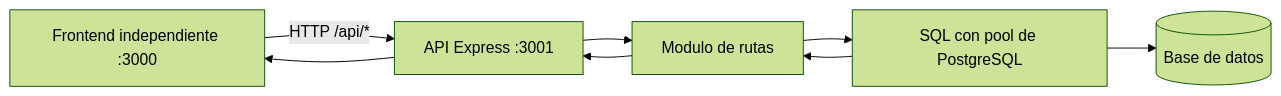
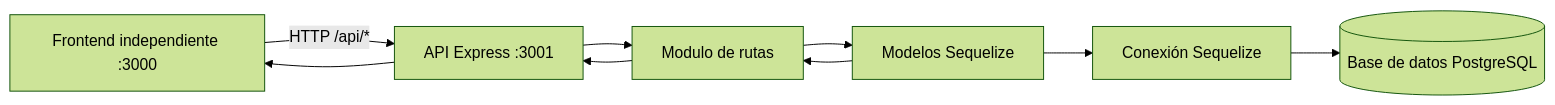
One commit to agustinignaciofloores/agustinignaciofloores-agustinignaciofloores-proyecto-de-stock-del-hospital-frontend changed the diagram in backend/ARQUITECTURA_BACKEND.md. Above: the diagram before and after it, drawn with Mermaid (forest theme). The commit also changed other lines of this file and 3478 other files, not shown here.

````diff
--- a/backend/ARQUITECTURA_BACKEND.md
+++ b/backend/ARQUITECTURA_BACKEND.md
@@ -7,10 +7,11 @@
 ```mermaid
 flowchart LR
     A[Frontend independiente :3000] -->|HTTP /api/*| B[API Express :3001]
     B --> C[Modulo de rutas]
-    C --> D[SQL con pool de PostgreSQL]
-    D --> E[(Base de datos)]
+    C --> D[Modelos Sequelize]
+    D --> E[Conexión Sequelize]
+    E --> F[(Base de datos PostgreSQL)]
     D --> C
     C --> B
     B --> A
 ```
````
